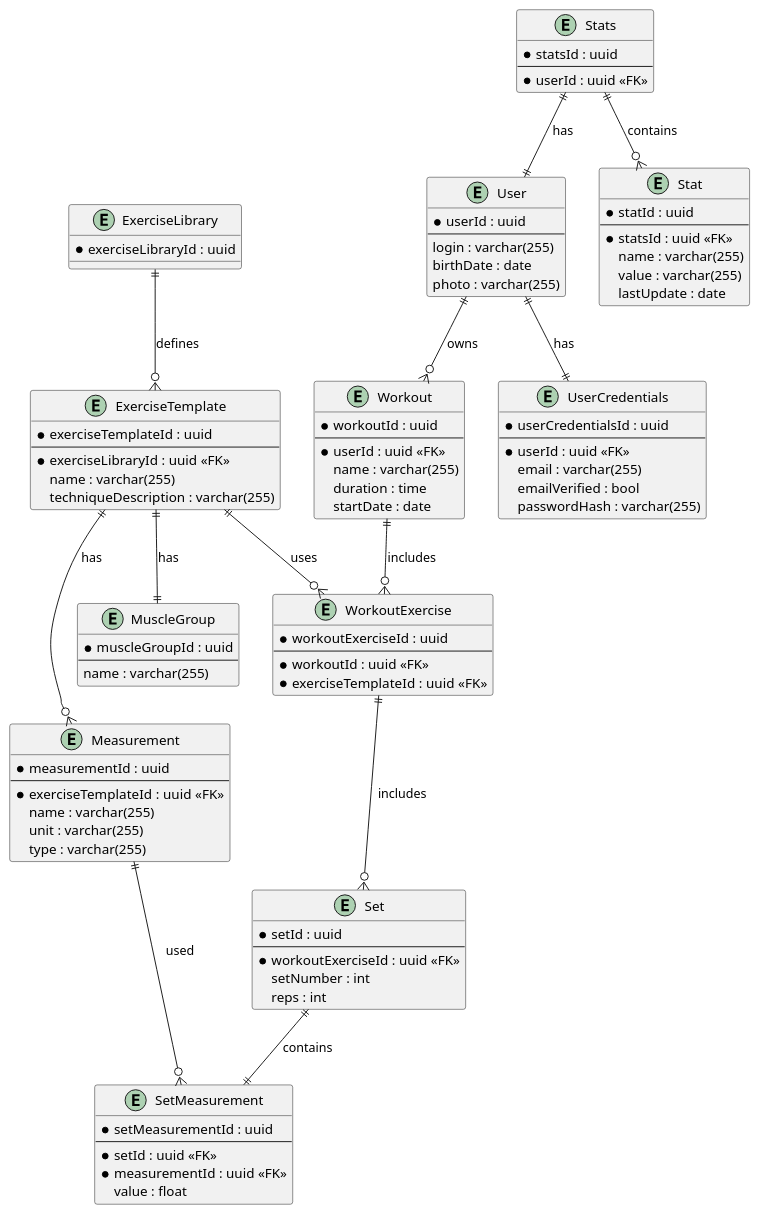
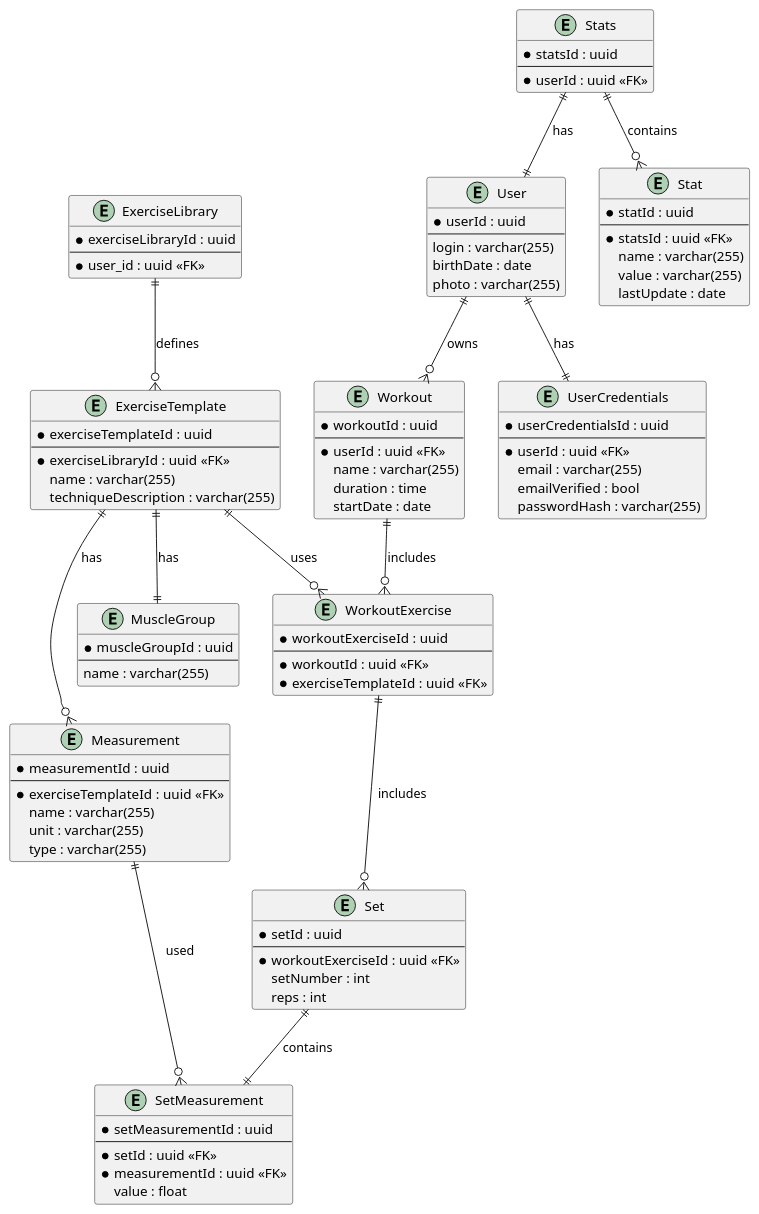
The diagram in uml.puml (kv1sidisi/ShapeUp2), drawn with PlantUML before and after one commit.

Commit message:
fix: fk_exercise_library_user

```diff
--- a/uml.puml
+++ b/uml.puml
@@ -1,118 +1,120 @@
 @startuml
 
 entity User {
 * userId : uuid
 --
 login : varchar(255)
 birthDate : date
 photo : varchar(255)
 }
 
 entity UserCredentials {
 * userCredentialsId : uuid
 --
 * userId : uuid <<FK>>
 email : varchar(255)
 emailVerified : bool
 passwordHash : varchar(255)
 }
 
 entity Stats {
 * statsId : uuid
 --
 * userId : uuid <<FK>>
 }
 
 entity Stat {
 * statId : uuid
 --
 * statsId : uuid <<FK>>
 name : varchar(255)
 value : varchar(255)
 lastUpdate : date
 }
 
 
 
 
 entity Workout {
 * workoutId : uuid
 --
 * userId : uuid <<FK>>
 name : varchar(255)
 duration : time
 startDate : date
 }
 
 
 entity ExerciseLibrary {
 * exerciseLibraryId : uuid
+--
+* user_id : uuid <<FK>>
 }
 
 entity ExerciseTemplate {
 * exerciseTemplateId : uuid
 --
 * exerciseLibraryId : uuid <<FK>>
 name : varchar(255)
 techniqueDescription : varchar(255)
 }
 
 entity WorkoutExercise {
 * workoutExerciseId : uuid
 --
 * workoutId : uuid <<FK>>
 * exerciseTemplateId : uuid <<FK>>
 }
 
 entity Set {
 * setId : uuid
 --
 * workoutExerciseId : uuid <<FK>>
 setNumber : int
 reps : int
 }
 
 entity SetMeasurement {
 * setMeasurementId : uuid
 --
 * setId : uuid <<FK>>
 * measurementId : uuid <<FK>>
 value : float
 }
 
 entity Measurement {
 * measurementId : uuid
 --
 * exerciseTemplateId : uuid <<FK>>
 name : varchar(255)
 unit : varchar(255)
 type : varchar(255)
 }
 
 entity MuscleGroup {
 * muscleGroupId : uuid
 --
 name : varchar(255)
 }
 
 
 User ||--|| UserCredentials : has
 User ||--o{ Workout : owns
 
 Stats ||--|| User : has
 Stats ||--o{ Stat : contains
 
 Workout ||--o{ WorkoutExercise : includes
 WorkoutExercise ||--o{ Set : includes
 
 ExerciseLibrary ||--o{ ExerciseTemplate : defines
 ExerciseTemplate ||--o{ WorkoutExercise : uses
 ExerciseTemplate ||--o{ Measurement : has
 ExerciseTemplate ||--|| MuscleGroup : has
 
 Set ||--|| SetMeasurement : contains
 Measurement ||--o{ SetMeasurement : used
 
 
 
 @enduml
```
